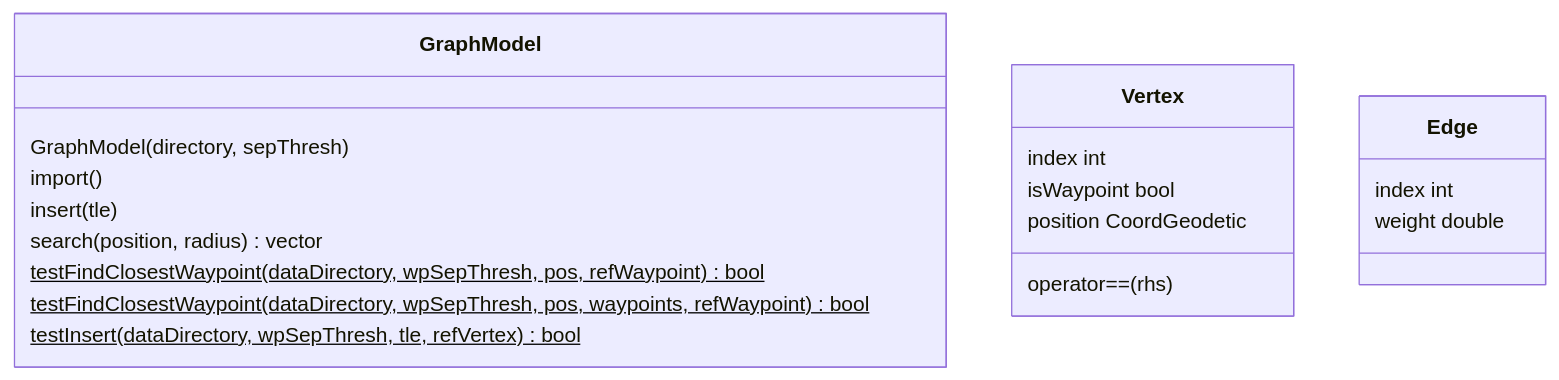
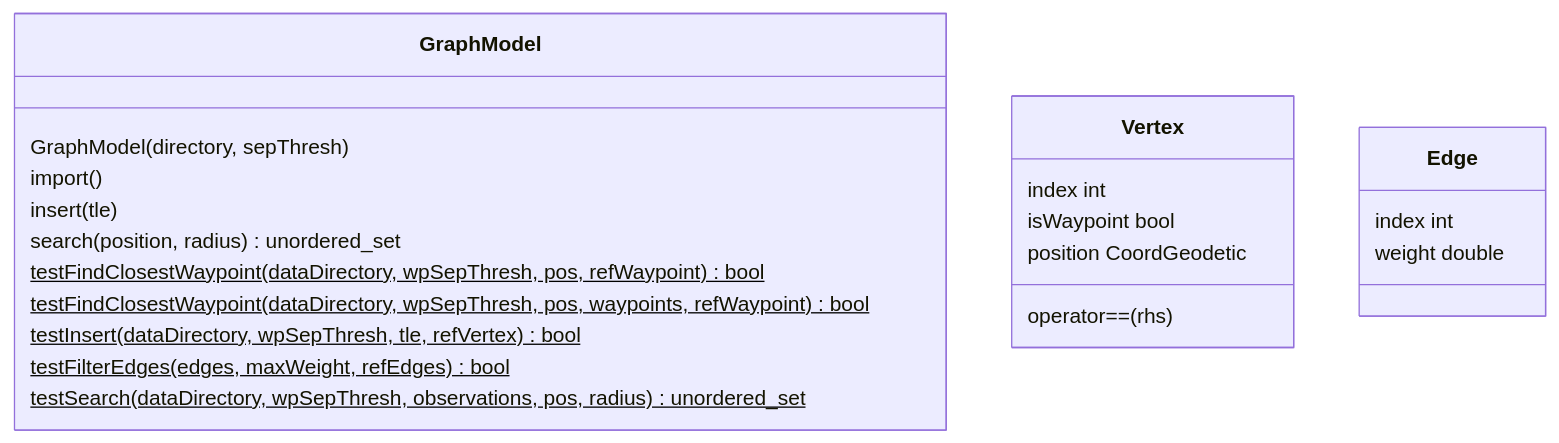
One commit to brosenthal140/satellite-coverage-tracker changed the fifth of 12 diagrams in README.md. Above: the diagram before and after it, drawn with Mermaid. The commit also changed other lines of this file, not shown here.

Commit message:
docs: updates the documentation in the README.md for the GraphModel, DataModel, Utility

````diff
--- a/README.md
+++ b/README.md
@@ -128,22 +128,24 @@
 ```mermaid
 classDiagram
 class GraphModel {
     GraphModel(directory, sepThresh)
     import()
     insert(tle)
-    search(position, radius) vector<int>
+    search(position, radius) unordered_set<int>
     testFindClosestWaypoint(dataDirectory, wpSepThresh, pos, refWaypoint)$ bool
     testFindClosestWaypoint(dataDirectory, wpSepThresh, pos, waypoints, refWaypoint)$ bool
     testInsert(dataDirectory, wpSepThresh, tle, refVertex)$ bool
+    testFilterEdges(edges, maxWeight, refEdges)$ bool
+    testSearch(dataDirectory, wpSepThresh, observations, pos, radius)$ unordered_set<int>
 }
 class Vertex {
     index int
     isWaypoint bool
     position CoordGeodetic
     operator==(rhs)
 }
 class Edge {
     index int
     weight double
 }
 ```
````
